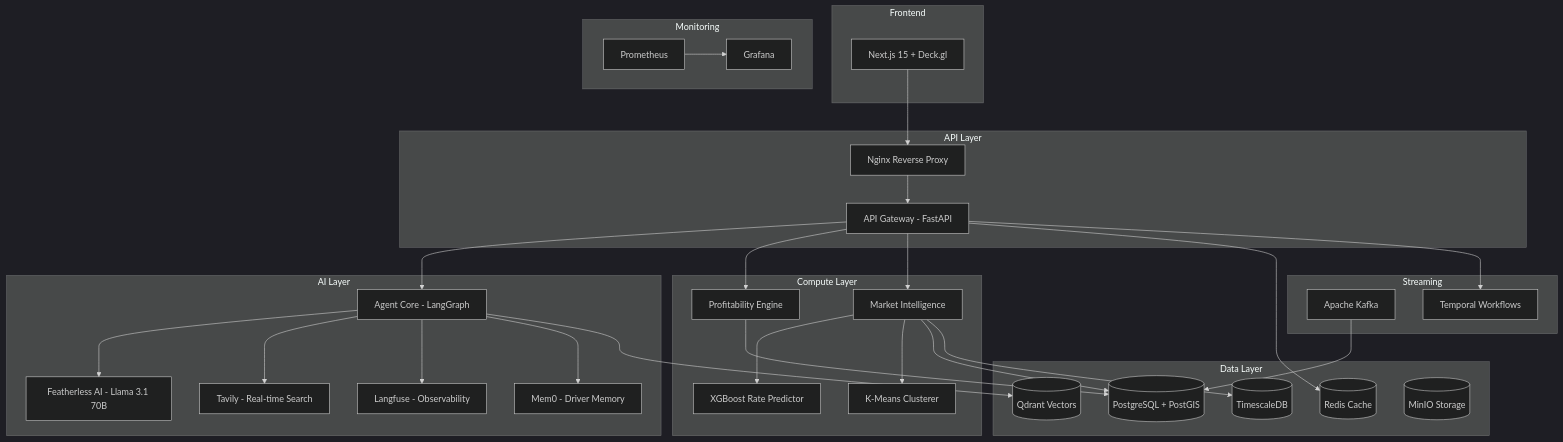
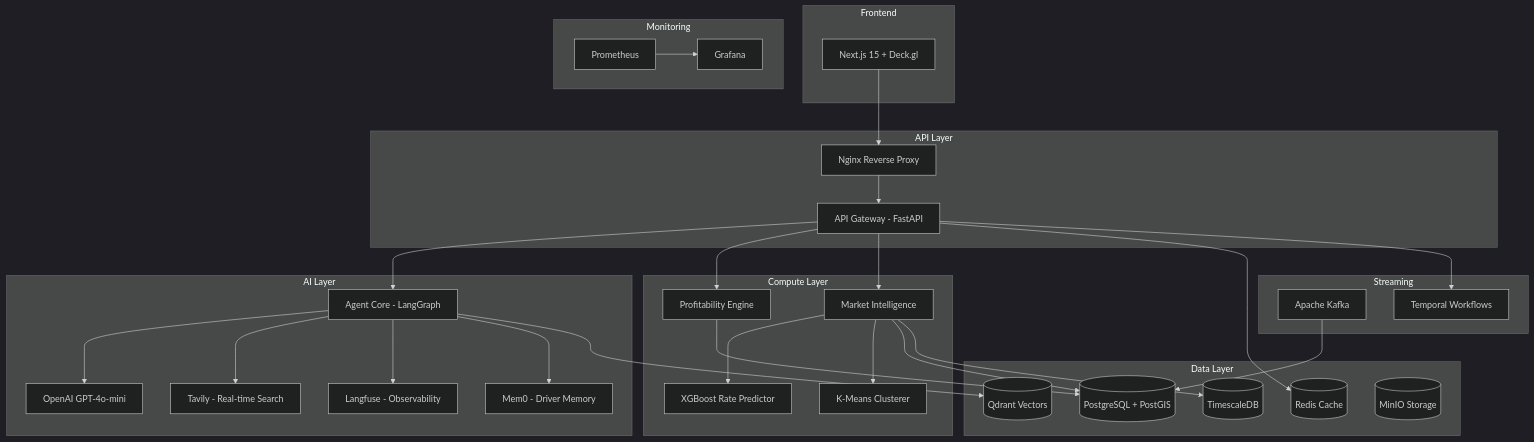
One commit to Nithishkaranam2002/DeadMile-AI- changed the diagram in README.md. Above: the diagram before and after it, drawn with Mermaid (dark theme). The commit also changed other lines of this file and 14 other files, not shown here.

First line of the commit message:
Switch LLM to OpenAI GPT-4o-mini and add MapTiler map support.

````diff
--- a/README.md
+++ b/README.md
@@ -44,63 +44,63 @@
 ```mermaid
 graph TB
     subgraph Frontend
         UI[Next.js 15 + Deck.gl]
     end
 
     subgraph API Layer
         NG[Nginx Reverse Proxy]
         GW[API Gateway - FastAPI]
     end
 
     subgraph AI Layer
         AG[Agent Core - LangGraph]
-        LLM[Featherless AI - Llama 3.1 70B]
+        LLM[OpenAI GPT-4o-mini]
         TAV[Tavily - Real-time Search]
         LF[Langfuse - Observability]
         MEM[Mem0 - Driver Memory]
     end
 
     subgraph Compute Layer
         PE[Profitability Engine]
         MI[Market Intelligence]
         XGB[XGBoost Rate Predictor]
         KM[K-Means Clusterer]
     end
 
     subgraph Data Layer
         PG[(PostgreSQL + PostGIS)]
         TS[(TimescaleDB)]
         QD[(Qdrant Vectors)]
         RD[(Redis Cache)]
         MN[(MinIO Storage)]
     end
 
     subgraph Streaming
         KF[Apache Kafka]
         TMP[Temporal Workflows]
     end
 
     subgraph Monitoring
         PM[Prometheus]
         GF[Grafana]
     end
 
     UI --> NG --> GW
     GW --> AG
     AG --> LLM
     AG --> TAV
     AG --> LF
     AG --> MEM
     GW --> PE
     GW --> MI
     MI --> XGB
     MI --> KM
     PE --> PG
     MI --> PG
     MI --> TS
     AG --> QD
     GW --> RD
     GW --> TMP
     KF --> PG
     PM --> GF
 ```
````
